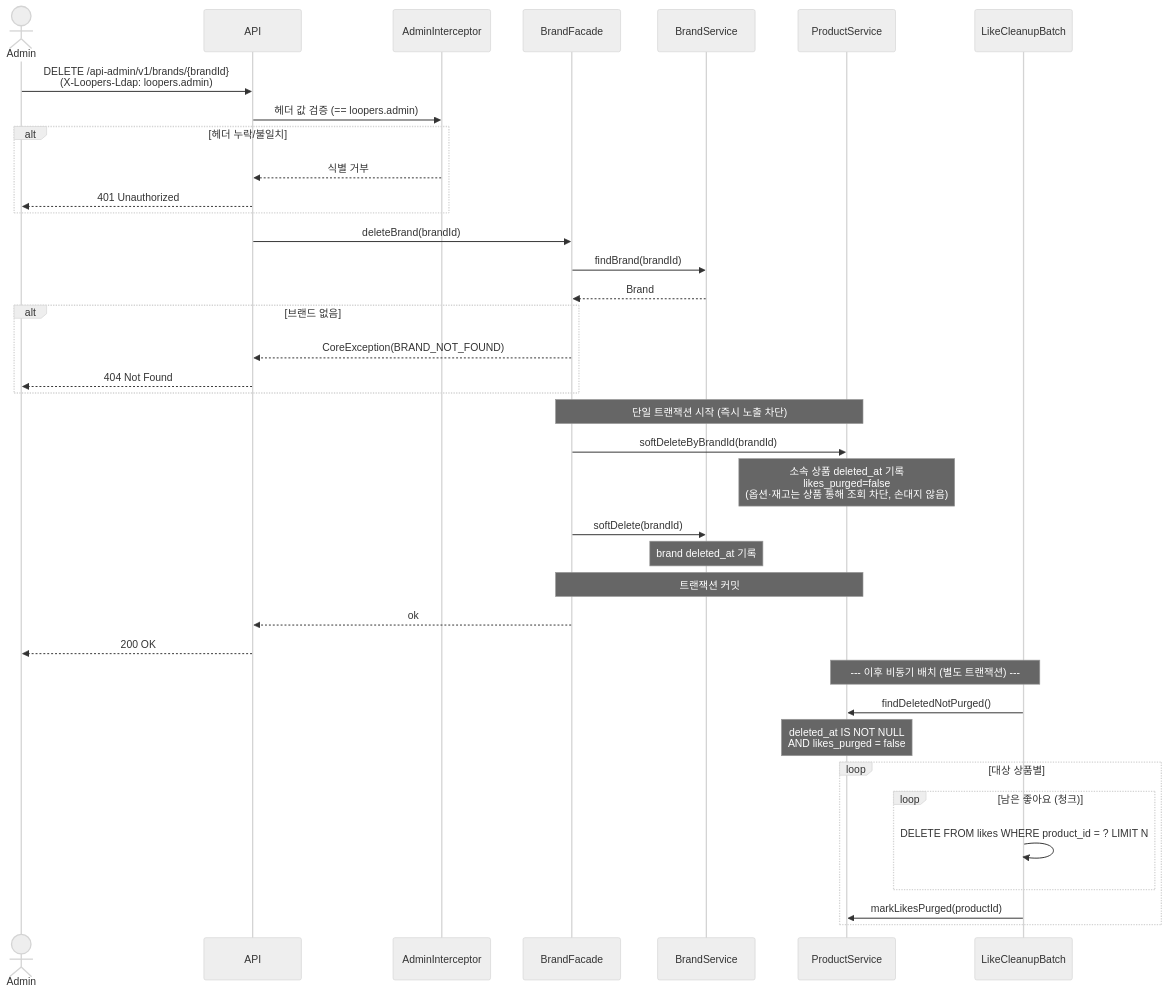
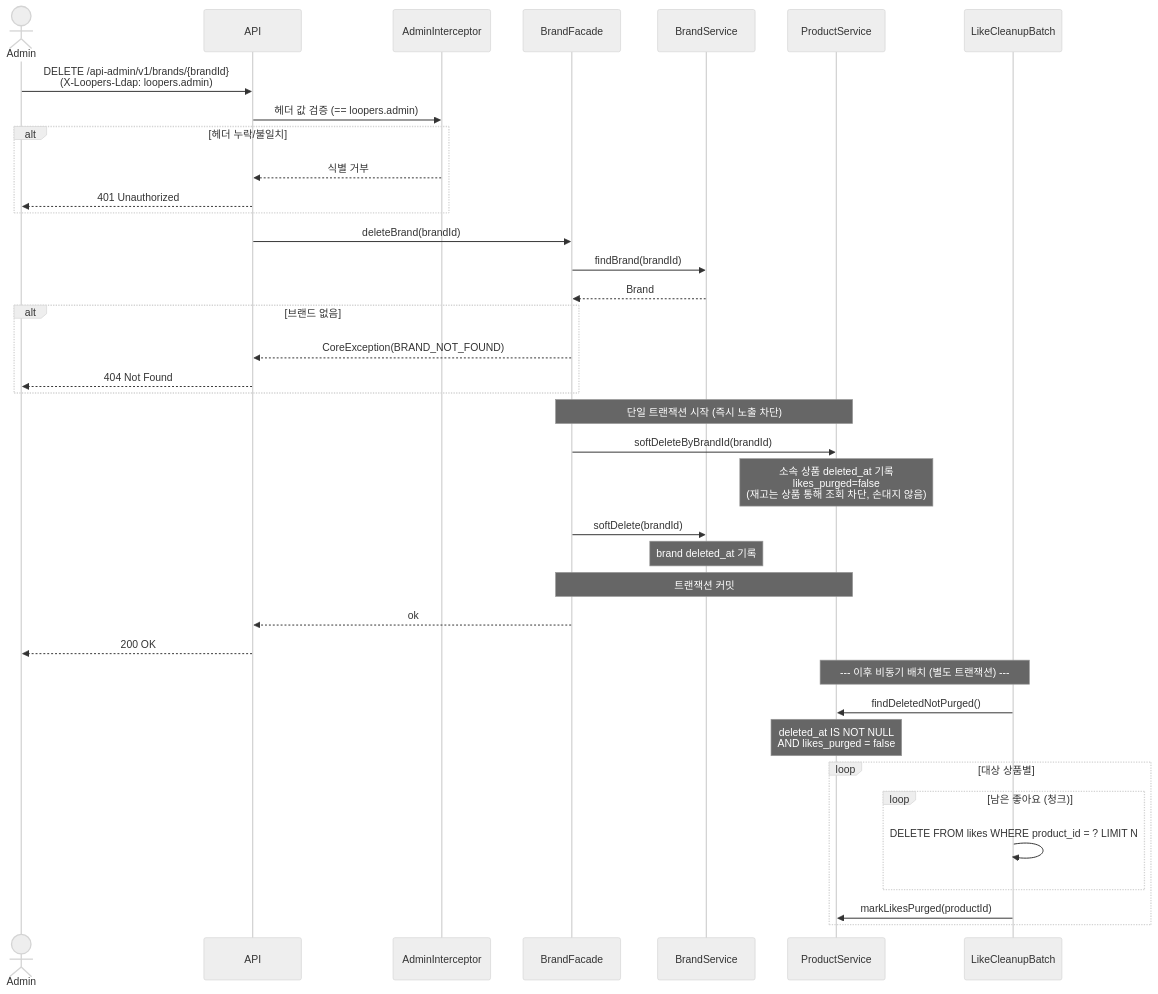
The sixth of 7 diagrams in .docs/design/02-sequence-diagrams.md (loopers-labs/loop-pack-be-l2-vol4-java), drawn with Mermaid (neutral theme) before and after one commit. The commit also changed other lines of this file and 3 other files, not shown here.

````diff
--- a/.docs/design/02-sequence-diagrams.md
+++ b/.docs/design/02-sequence-diagrams.md
@@ -241,48 +251,48 @@
 ```mermaid
 sequenceDiagram
     actor Admin
     participant API
     participant AdminInterceptor
     participant BrandFacade
     participant BrandService
     participant ProductService
     participant LikeCleanupBatch
 
     Admin->>API: DELETE /api-admin/v1/brands/{brandId}<br/>(X-Loopers-Ldap: loopers.admin)
     API->>AdminInterceptor: 헤더 값 검증 (== loopers.admin)
 
     alt 헤더 누락/불일치
         AdminInterceptor-->>API: 식별 거부
         API-->>Admin: 401 Unauthorized
     end
 
     API->>BrandFacade: deleteBrand(brandId)
 
     BrandFacade->>BrandService: findBrand(brandId)
     BrandService-->>BrandFacade: Brand
 
     alt 브랜드 없음
         BrandFacade-->>API: CoreException(BRAND_NOT_FOUND)
         API-->>Admin: 404 Not Found
     end
 
     Note over BrandFacade, ProductService: 단일 트랜잭션 시작 (즉시 노출 차단)
     BrandFacade->>ProductService: softDeleteByBrandId(brandId)
-    Note over ProductService: 소속 상품 deleted_at 기록<br/>likes_purged=false<br/>(옵션·재고는 상품 통해 조회 차단, 손대지 않음)
+    Note over ProductService: 소속 상품 deleted_at 기록<br/>likes_purged=false<br/>(재고는 상품 통해 조회 차단, 손대지 않음)
     BrandFacade->>BrandService: softDelete(brandId)
     Note over BrandService: brand deleted_at 기록
     Note over BrandFacade, ProductService: 트랜잭션 커밋
 
     BrandFacade-->>API: ok
     API-->>Admin: 200 OK
 
     Note over LikeCleanupBatch, ProductService: --- 이후 비동기 배치 (별도 트랜잭션) ---
     LikeCleanupBatch->>ProductService: findDeletedNotPurged()
     Note over ProductService: deleted_at IS NOT NULL<br/>AND likes_purged = false
     loop 대상 상품별
         loop 남은 좋아요 (청크)
             LikeCleanupBatch->>LikeCleanupBatch: DELETE FROM likes WHERE product_id = ? LIMIT N
         end
         LikeCleanupBatch->>ProductService: markLikesPurged(productId)
     end
 ```
````
